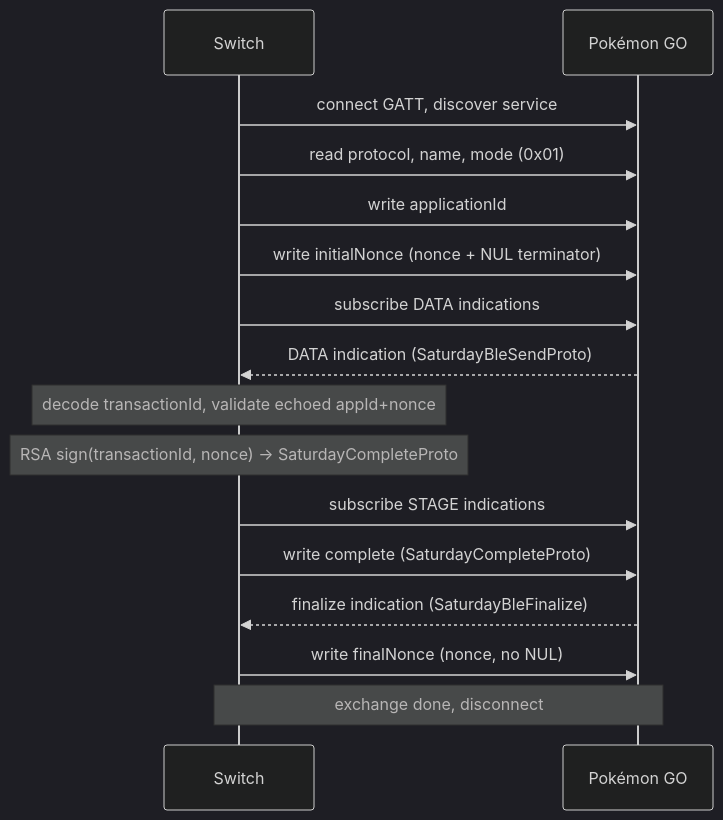
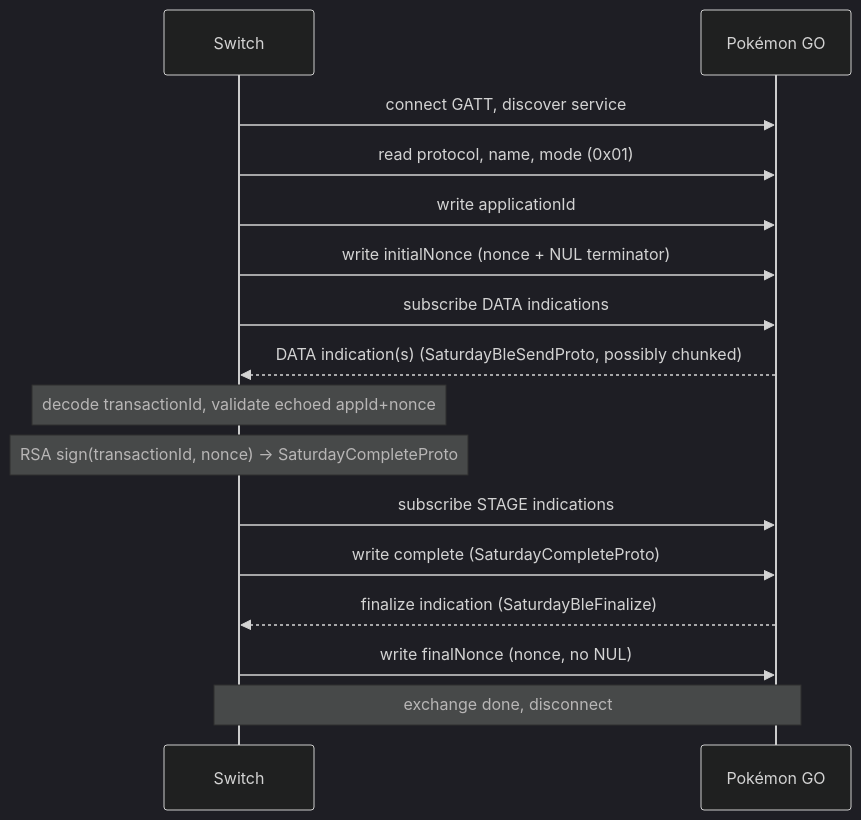
One commit to na-ji/pokemon-go-coin-bag changed the second of 2 diagrams in PROTOCOL.md. Above: the diagram before and after it, drawn with Mermaid (dark theme). The commit also changed other lines of this file and 4 other files, not shown here.

````diff
--- a/PROTOCOL.md
+++ b/PROTOCOL.md
@@ -49,18 +49,18 @@
 ```mermaid
 sequenceDiagram
     participant W as Switch
     participant P as Pokémon GO
     W->>P: connect GATT, discover service
     W->>P: read protocol, name, mode (0x01)
     W->>P: write applicationId
     W->>P: write initialNonce (nonce + NUL terminator)
     W->>P: subscribe DATA indications
-    P-->>W: DATA indication (SaturdayBleSendProto)
+    P-->>W: DATA indication(s) (SaturdayBleSendProto, possibly chunked)
     Note over W: decode transactionId, validate echoed appId+nonce
     Note over W: RSA sign(transactionId, nonce) → SaturdayCompleteProto
     W->>P: subscribe STAGE indications
     W->>P: write complete (SaturdayCompleteProto)
     P-->>W: finalize indication (SaturdayBleFinalize)
     W->>P: write finalNonce (nonce, no NUL)
     Note over W,P: exchange done, disconnect
 ```
````
